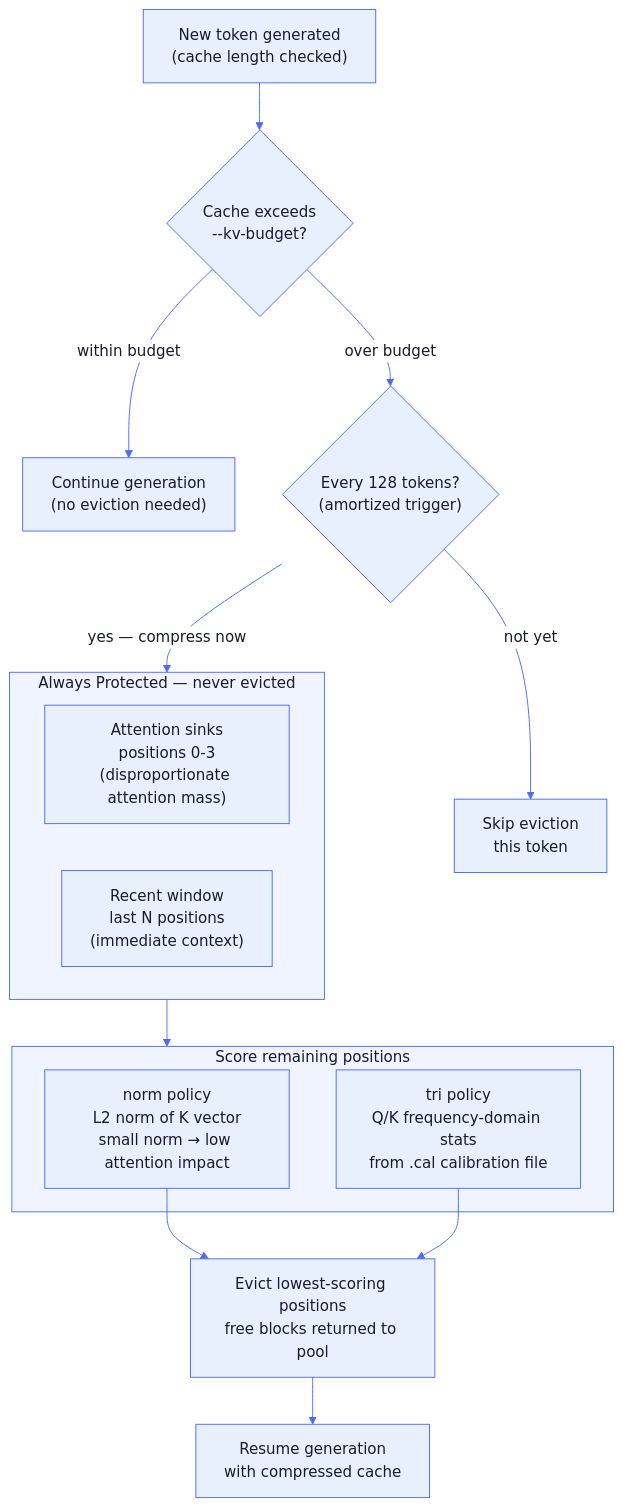
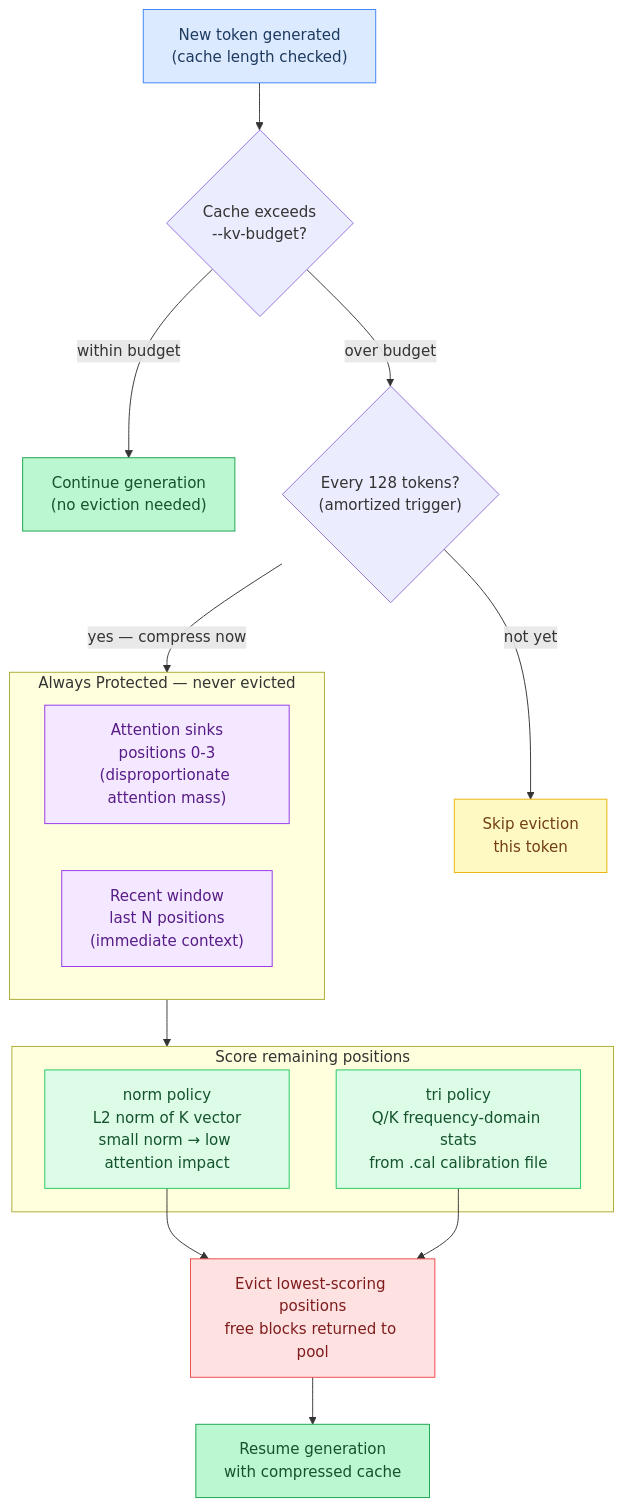
Before and after one commit to maci0/agave: the fourth of 5 diagrams in docs/tutorial/05-memory-and-caching.md, drawn with Mermaid. The commit also changed other lines of this file and 24 other files, not shown here.

First line of the commit message:
docs: convert all mermaid diagrams to classDef semantic colors

````diff
--- a/docs/tutorial/05-memory-and-caching.md
+++ b/docs/tutorial/05-memory-and-caching.md
@@ -402,45 +402,42 @@
 ```mermaid
-%%{init: {'theme': 'base', 'themeVariables': {
-  'primaryColor': '#e8f0fe',
-  'primaryTextColor': '#1a1a2e',
-  'primaryBorderColor': '#4a6cf7',
-  'lineColor': '#4a6cf7',
-  'secondaryColor': '#f0f4ff',
-  'tertiaryColor': '#f8f9ff',
-  'edgeLabelBackground': '#ffffff',
-  'clusterBkg': '#f0f4ff',
-  'clusterBorder': '#4a6cf7',
-  'titleColor': '#1a1a2e',
-  'nodeTextColor': '#1a1a2e',
-  'fontFamily': 'ui-monospace, SFMono-Regular, monospace'
-}}}%%
 flowchart TD
-    NewTok["New token generated\n(cache length checked)"]
+    classDef setup     fill:#dbeafe,stroke:#3b82f6,color:#1e3a5f
+    classDef sync      fill:#dcfce7,stroke:#22c55e,color:#14532d
+    classDef migration fill:#fef9c3,stroke:#eab308,color:#713f12
+    classDef success   fill:#bbf7d0,stroke:#16a34a,color:#14532d
+    classDef danger    fill:#fee2e2,stroke:#ef4444,color:#7f1d1d
+    classDef optional  fill:#f3e8ff,stroke:#9333ea,color:#581c87
+
+    NewTok["New token generated\n(cache length checked)"]:::setup
+    Generate["Continue generation\n(no eviction needed)"]:::success
+    Skip["Skip eviction\nthis token"]:::migration
+    Sink["Attention sinks\npositions 0-3\n(disproportionate attention mass)"]:::optional
+    Recent["Recent window\nlast N positions\n(immediate context)"]:::optional
+    NormScore["norm policy\nL2 norm of K vector\nsmall norm → low attention impact"]:::sync
+    TriScore["tri policy\nQ/K frequency-domain stats\nfrom .cal calibration file"]:::sync
+    Evict["Evict lowest-scoring positions\nfree blocks returned to pool"]:::danger
+    Resume["Resume generation\nwith compressed cache"]:::success
+
     Check{"Cache exceeds\n--kv-budget?"}
-    Generate["Continue generation\n(no eviction needed)"]
     Modulo{"Every 128 tokens?\n(amortized trigger)"}
-    Skip["Skip eviction\nthis token"]
 
     subgraph Protected["Always Protected — never evicted"]
-        Sink["Attention sinks\npositions 0-3\n(disproportionate attention mass)"]
-        Recent["Recent window\nlast N positions\n(immediate context)"]
+        Sink
+        Recent
     end
 
     subgraph Scoring["Score remaining positions"]
-        NormScore["norm policy\nL2 norm of K vector\nsmall norm → low attention impact"]
-        TriScore["tri policy\nQ/K frequency-domain stats\nfrom .cal calibration file"]
+        NormScore
+        TriScore
     end
-
-    Evict["Evict lowest-scoring positions\nfree blocks returned to pool"]
-    Resume["Resume generation\nwith compressed cache"]
 
     NewTok --> Check
     Check -->|"within budget"| Generate
     Check -->|"over budget"| Modulo
     Modulo -->|"not yet"| Skip
     Modulo -->|"yes — compress now"| Protected
     Protected --> Scoring
     NormScore --> Evict
     TriScore --> Evict
     Evict --> Resume
 ```
````
